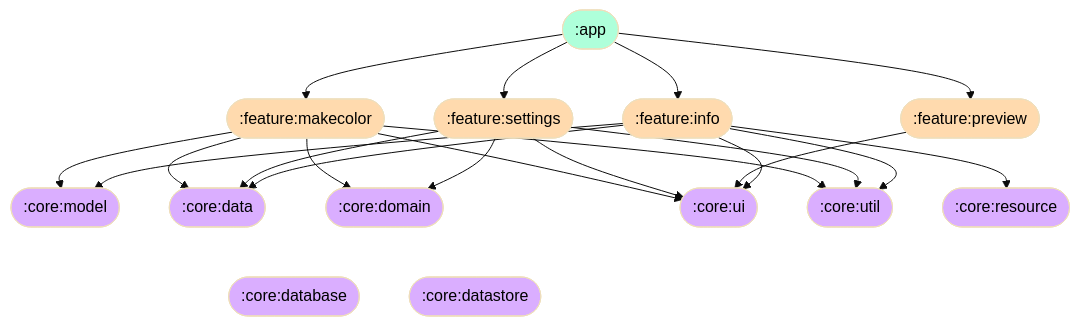
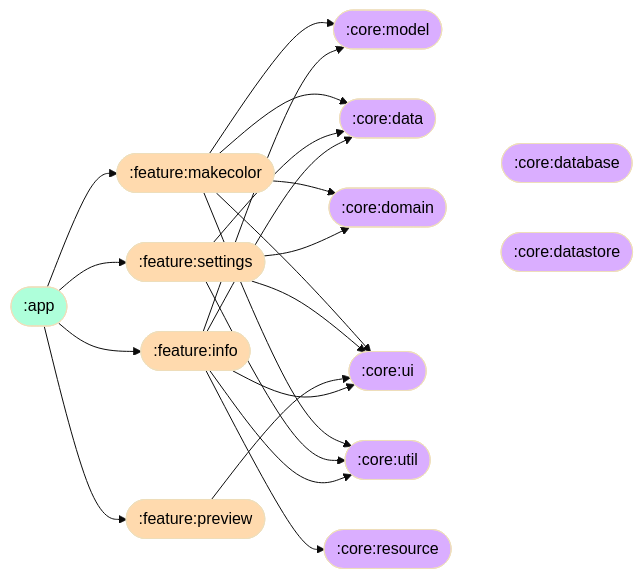
One commit to kosenda/MultiColorPicker changed the diagram in README.md. Above: the diagram before and after it, drawn with Mermaid (base theme).

Commit message:
docs: change to LR from TB in mermaid

````diff
--- a/README.md
+++ b/README.md
@@ -50,33 +50,33 @@
 ```mermaid
-flowchart TB
+flowchart LR
   classDef appModule fill:#AEFFDA,color:#000
   classDef featureModule fill:#FFDAAE,color:#000
   classDef coreModule fill:#DAAEFF,color:#000
   
   A1([:app]):::appModule --> B1([:feature:makecolor]):::featureModule
   A1 --> B2([:feature:settings]):::featureModule
   A1 --> B3([:feature:preview]):::featureModule
   A1 --> B4([:feature:info]):::featureModule
   
   B1 --> C1([:core:model]):::coreModule 
   B1 --> C2
   B1 --> C5
   B1 --> C7
   B1 --> C8
   
   B2 --> C2([:core:data]):::coreModule
   B2 --> C5([:core:domain]):::coreModule
   B2 --> C7([:core:ui]):::coreModule
   B2 --> C8([:core:util]):::coreModule
   
   B3 --> C7
   
   B4 --> C2
   B4 --> C1
   B4 --> C6([:core:resource]):::coreModule
   B4 --> C7
   B4 --> C8
   
   C5 ~~~ C3([:core:database]):::coreModule
   C5 ~~~ C4([:core:datastore]):::coreModule
 ```
````
